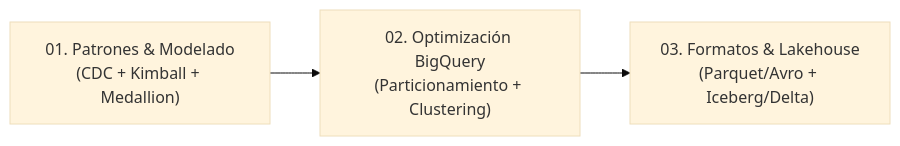
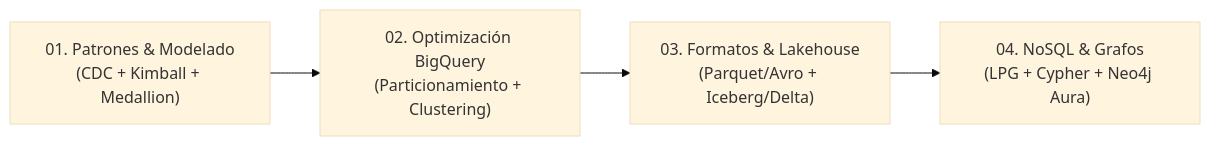
The diagram in README.md (jggomez/analytics-architectures-labs), drawn with Mermaid (base theme) before and after one commit. The commit also changed other lines of this file and 4 other files, not shown here.

First line of the commit message:
feat: add Module 04 on NoSQL and Graph DBs with Neo4j and theory guide for Module 02

````diff
--- a/README.md
+++ b/README.md
@@ -41,5 +47,6 @@
 ```mermaid
 flowchart LR
     A["01. Patrones & Modelado\n(CDC + Kimball + Medallion)"] --> B["02. Optimización BigQuery\n(Particionamiento + Clustering)"]
     B --> C["03. Formatos & Lakehouse\n(Parquet/Avro + Iceberg/Delta)"]
+    C --> D["04. NoSQL & Grafos\n(LPG + Cypher + Neo4j Aura)"]
 ```
````
